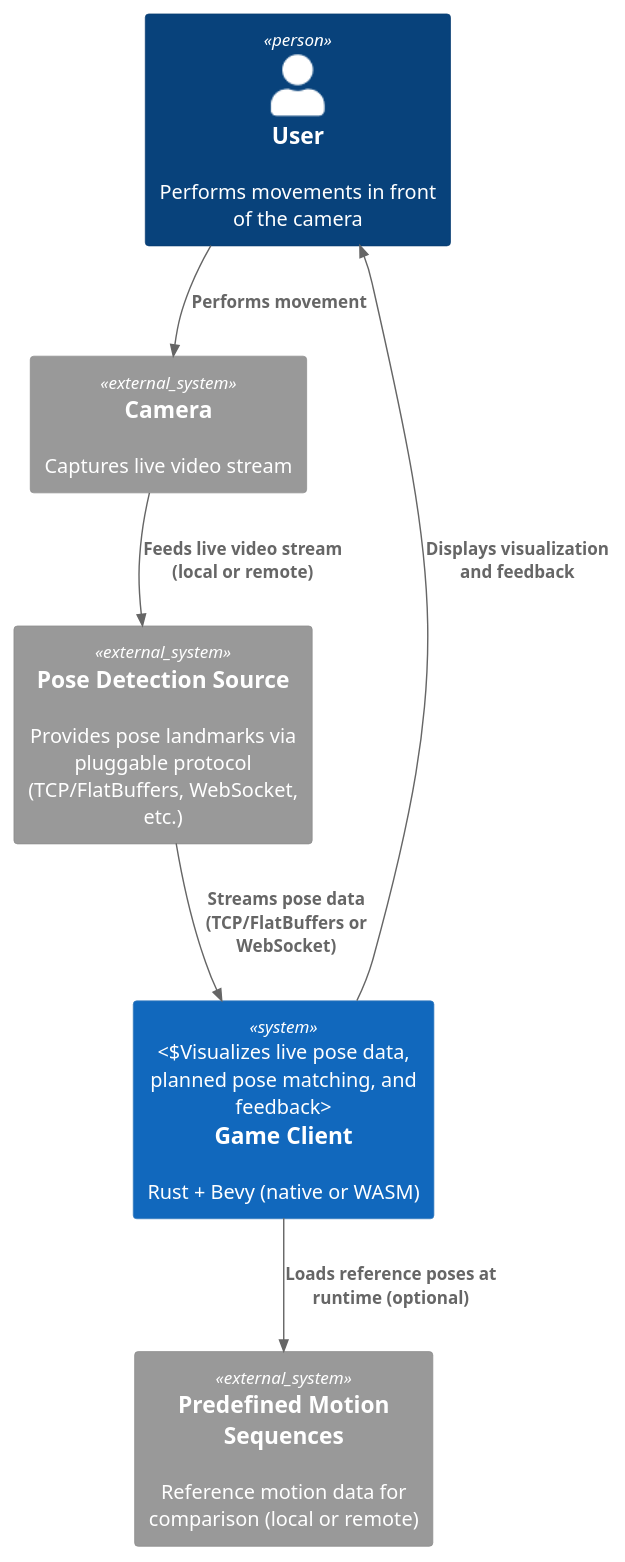
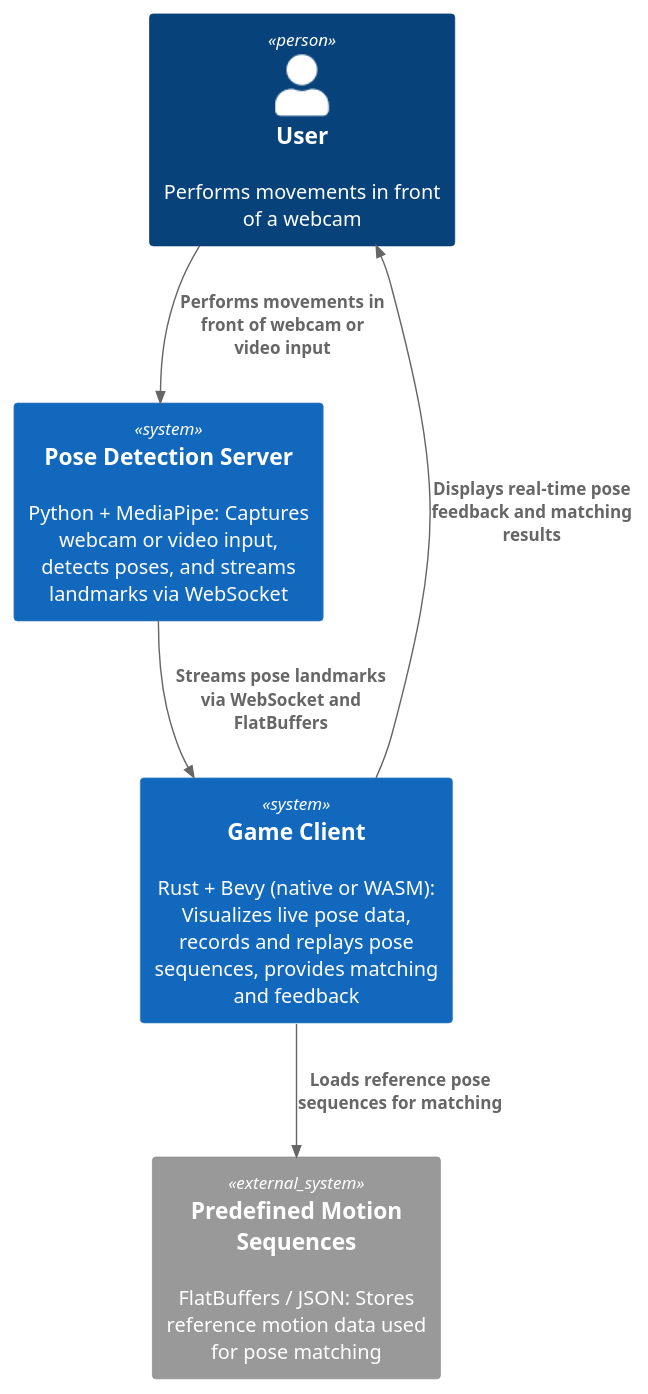
One commit to tobiaslocker/pose changed the diagram in docs/arch/diagrams/c4-level-1-system-context.puml. Above: the diagram before and after it, drawn with PlantUML. The commit also changed 50 other files, not shown here.

```diff
--- a/docs/arch/diagrams/c4-level-1-system-context.puml
+++ b/docs/arch/diagrams/c4-level-1-system-context.puml
@@ -1,17 +1,17 @@
 @startuml
 !includeurl https://raw.githubusercontent.com/plantuml-stdlib/C4-PlantUML/master/C4_Context.puml
 
-Person(user, "User", "Performs movements in front of the camera")
+Person(user, "User", "Performs movements in front of a webcam")
 
-System(gameClient, "Game Client", "Rust + Bevy (native or WASM)", "Visualizes live pose data, planned pose matching, and feedback")
-System_Ext(poseServer, "Pose Detection Source", "Provides pose landmarks via pluggable protocol (TCP/FlatBuffers, WebSocket, etc.)")
-System_Ext(predefinedSequences, "Predefined Motion Sequences", "Reference motion data for comparison (local or remote)")
-System_Ext(camera, "Camera", "Captures live video stream")
+System(gameClient, "Game Client", "Rust + Bevy (native or WASM): Visualizes live pose data, records and replays pose sequences, provides matching and feedback")
 
-Rel(user, camera, "Performs movement")
-Rel(camera, poseServer, "Feeds live video stream (local or remote)")
-Rel(poseServer, gameClient, "Streams pose data (TCP/FlatBuffers or WebSocket)")
-Rel(gameClient, predefinedSequences, "Loads reference poses at runtime (optional)")
-Rel(gameClient, user, "Displays visualization and feedback")
+System(poseServer, "Pose Detection Server", "Python + MediaPipe: Captures webcam or video input, detects poses, and streams landmarks via WebSocket")
+
+System_Ext(predefinedSequences, "Predefined Motion Sequences", "FlatBuffers / JSON: Stores reference motion data used for pose matching")
+
+Rel(user, poseServer, "Performs movements in front of webcam or video input")
+Rel(poseServer, gameClient, "Streams pose landmarks via WebSocket and FlatBuffers")
+Rel(gameClient, predefinedSequences, "Loads reference pose sequences for matching")
+Rel(gameClient, user, "Displays real-time pose feedback and matching results")
 
 @enduml
```
